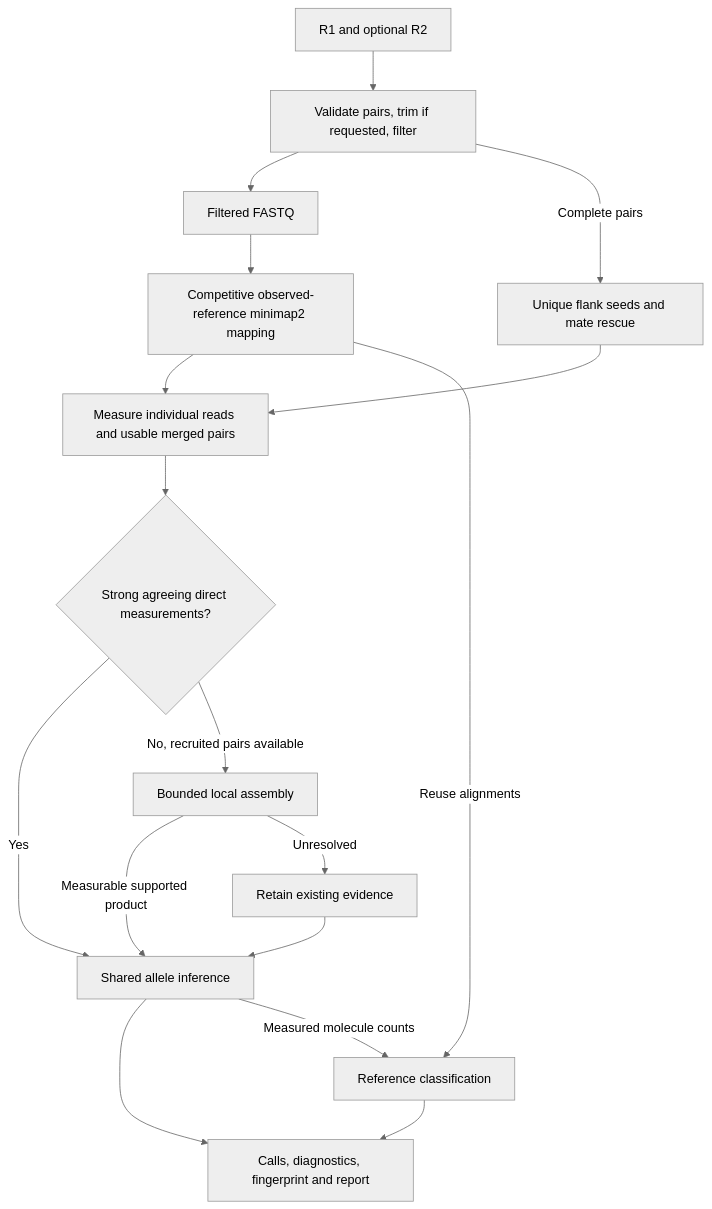
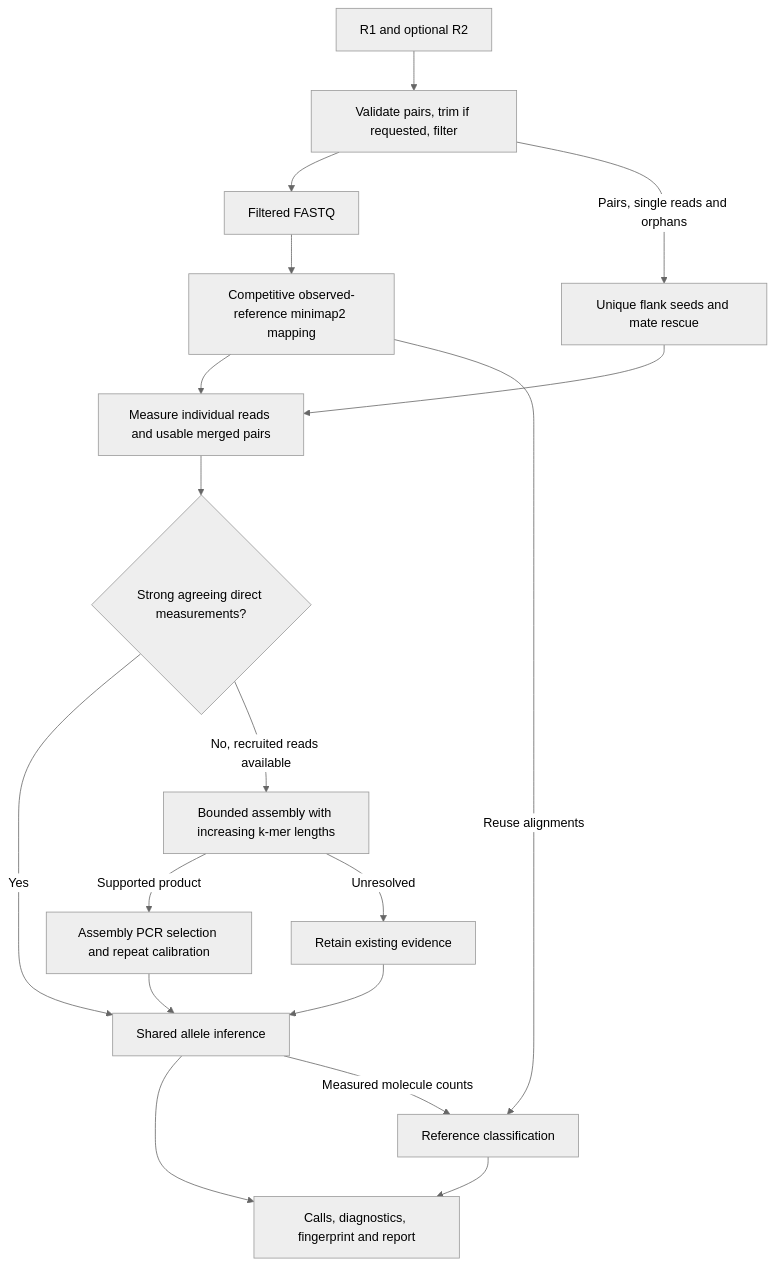
One commit to microbemarsh/mlvamaps changed the second of 4 diagrams in workflow.md. Above: the diagram before and after it, drawn with Mermaid (neutral theme). The commit also changed other lines of this file and 15 other files, not shown here.

````diff
--- a/workflow.md
+++ b/workflow.md
@@ -98,19 +98,20 @@
 ```mermaid
 flowchart TD
     Input[R1 and optional R2] --> QC[Validate pairs, trim if requested, filter]
     QC --> Files[Filtered FASTQ]
-    QC -->|Complete pairs| Seeds[Unique flank seeds and mate rescue]
+    QC -->|Pairs, single reads and orphans| Seeds[Unique flank seeds and mate rescue]
     Files --> Map[Competitive observed-reference minimap2 mapping]
     Map --> Measure[Measure individual reads and usable merged pairs]
     Seeds --> Measure
     Measure --> Strong{Strong agreeing direct measurements?}
     Strong -->|Yes| Infer[Shared allele inference]
-    Strong -->|No, recruited pairs available| Graph[Bounded local assembly]
-    Graph -->|Measurable supported product| Infer
+    Strong -->|No, recruited reads available| Graph[Bounded assembly with increasing k-mer lengths]
+    Graph -->|Supported product| PCR[Assembly PCR selection and repeat calibration]
+    PCR --> Infer
     Graph -->|Unresolved| Existing[Retain existing evidence]
     Existing --> Infer
     Infer --> Output[Calls, diagnostics, fingerprint and report]
     Map -->|Reuse alignments| Classify[Reference classification]
     Infer -->|Measured molecule counts| Classify
     Classify --> Output
 ```
````
